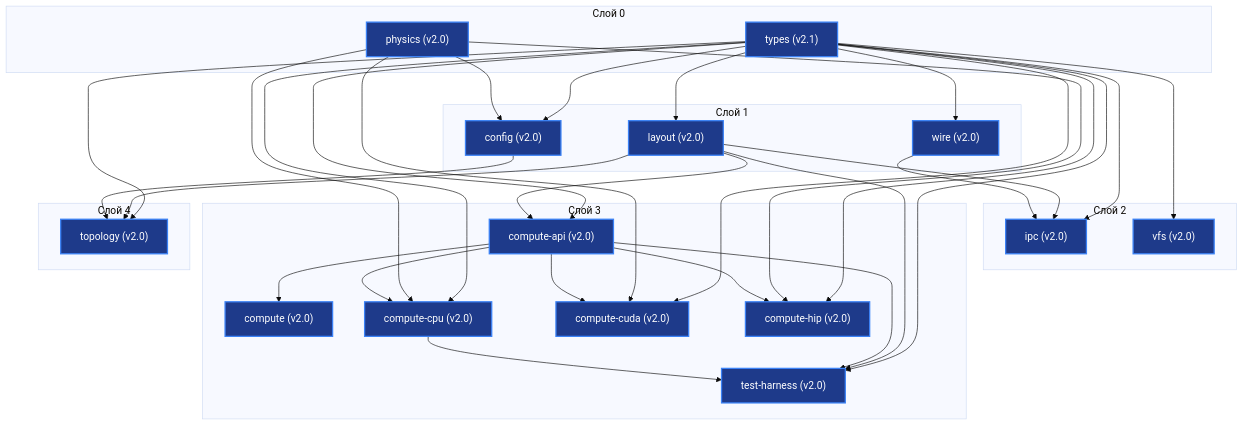
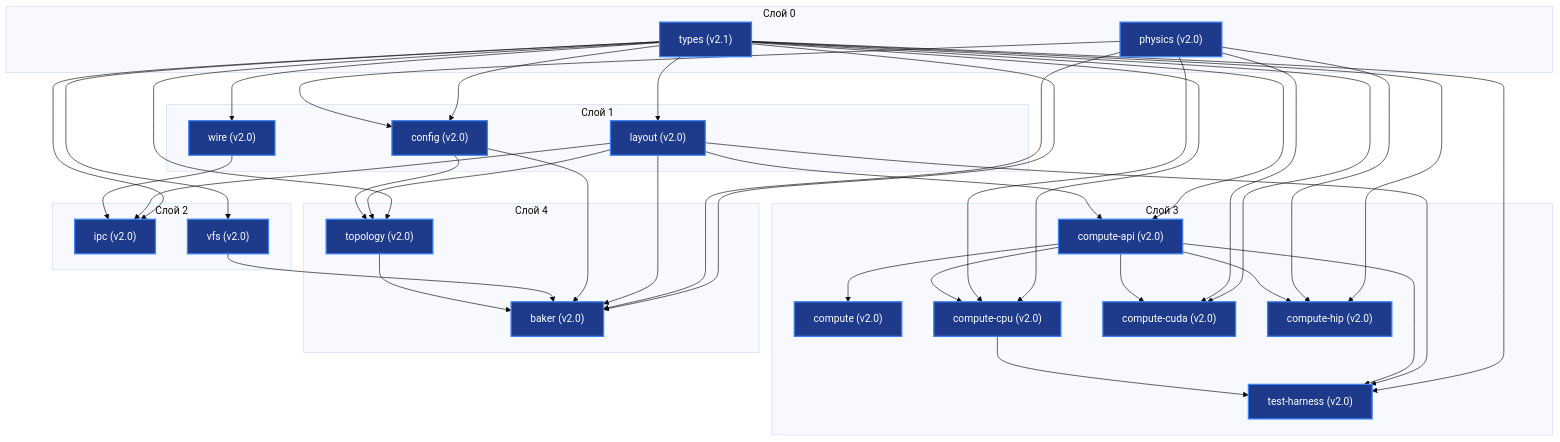
The diagram in docs/engine/INDEX.md (H4V1K-dev/axicor_enterprise), drawn with Mermaid (base theme) before and after one commit. The commit also changed other lines of this file and 1 other file, not shown here.

Commit message:
docs: add L4 baker specification and update project documentation index

````diff
--- a/docs/engine/INDEX.md
+++ b/docs/engine/INDEX.md
@@ -9,58 +9,65 @@
 ```mermaid
 graph TD
     subgraph L0["Слой 0"]
         types["types (v2.1)"]
         physics["physics (v2.0)"]
     end
     subgraph L1["Слой 1"]
         layout["layout (v2.0)"]
         config["config (v2.0)"]
         wire["wire (v2.0)"]
     end
     subgraph L2["Слой 2"]
         ipc["ipc (v2.0)"]
         vfs["vfs (v2.0)"]
     end
     subgraph L3["Слой 3"]
         compute_api["compute-api (v2.0)"]
         compute["compute (v2.0)"]
         compute_cpu["compute-cpu (v2.0)"]
         compute_cuda["compute-cuda (v2.0)"]
         compute_hip["compute-hip (v2.0)"]
         test_harness["test-harness (v2.0)"]
     end
     subgraph L4["Слой 4"]
         topology["topology (v2.0)"]
+        baker["baker (v2.0)"]
     end
 
     types --> layout
     types --> config
     types --> wire
     types --> ipc
     types --> vfs
     types --> compute_api
     types --> compute_cpu
     types --> compute_cuda
     types --> compute_hip
     types --> test_harness
     types --> topology
+    types --> baker
     physics --> config
     physics --> compute_cpu
     physics --> compute_cuda
     physics --> compute_hip
+    physics --> baker
     layout --> ipc
     wire --> ipc
     layout --> compute_api
     layout --> test_harness
     layout --> topology
+    layout --> baker
     config --> topology
+    config --> baker
+    vfs --> baker
+    topology --> baker
     compute_api --> compute
     compute_api --> compute_cpu
     compute_api --> compute_cuda
     compute_api --> compute_hip
     compute_api --> test_harness
     compute_cpu --> test_harness
 
     classDef active fill:#1e3a8a,stroke:#3b82f6,stroke-width:2px,color:#fff;
-    class types,physics,layout,config,wire,ipc,vfs,compute_api,compute,compute_cpu,compute_cuda,compute_hip,test_harness,topology active;
+    class types,physics,layout,config,wire,ipc,vfs,compute_api,compute,compute_cpu,compute_cuda,compute_hip,test_harness,topology,baker active;
 ```
````
